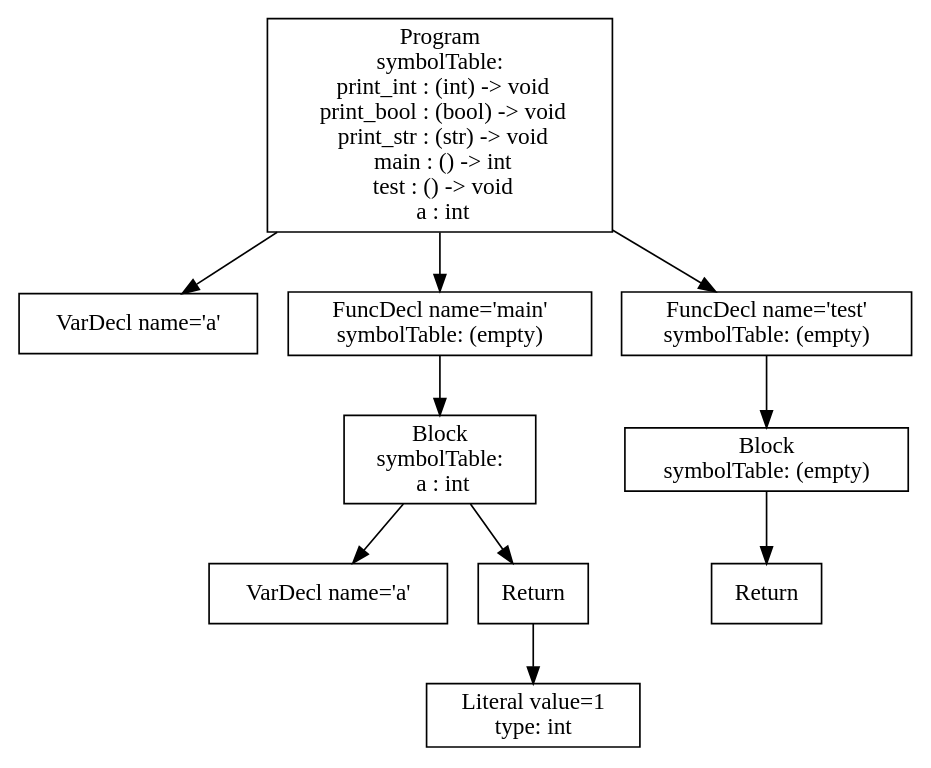
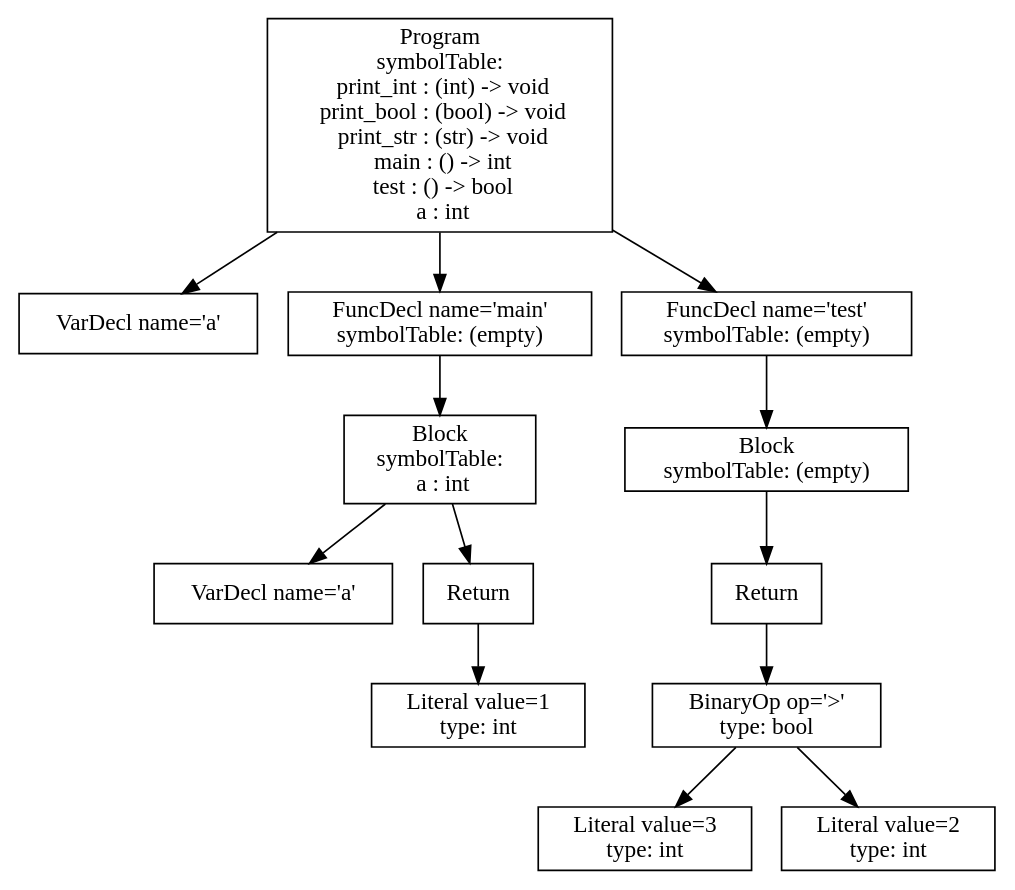
Before and after one commit to purejerome/cs432_project: the diagram in p3-analysis/tree.dot, drawn with Graphviz. The commit also changed 10 other files, not shown here.

```diff
--- a/p3-analysis/tree.dot
+++ b/p3-analysis/tree.dot
@@ -1,21 +1,27 @@
 digraph AST {
 1 [shape=box, label="VarDecl name='a'"];
 4 [shape=box, label="VarDecl name='a'"];
 6 [shape=box, label="Literal value=1\ntype: int"];
 5 [shape=box, label="Return"];
 5 -> 6;
 3 [shape=box, label="Block\nsymbolTable: \n  a : int"];
 3 -> 4;
 3 -> 5;
 2 [shape=box, label="FuncDecl name='main'\nsymbolTable: (empty)"];
 2 -> 3;
+11 [shape=box, label="Literal value=3\ntype: int"];
+12 [shape=box, label="Literal value=2\ntype: int"];
+10 [shape=box, label="BinaryOp op='>'\ntype: bool"];
+10 -> 11;
+10 -> 12;
 9 [shape=box, label="Return"];
+9 -> 10;
 8 [shape=box, label="Block\nsymbolTable: (empty)"];
 8 -> 9;
 7 [shape=box, label="FuncDecl name='test'\nsymbolTable: (empty)"];
 7 -> 8;
-0 [shape=box, label="Program\nsymbolTable: \n  print_int : (int) -> void\n  print_bool : (bool) -> void\n  print_str : (str) -> void\n  main : () -> int\n  test : () -> void\n  a : int"];
+0 [shape=box, label="Program\nsymbolTable: \n  print_int : (int) -> void\n  print_bool : (bool) -> void\n  print_str : (str) -> void\n  main : () -> int\n  test : () -> bool\n  a : int"];
 0 -> 1;
 0 -> 2;
 0 -> 7;
 }
```
